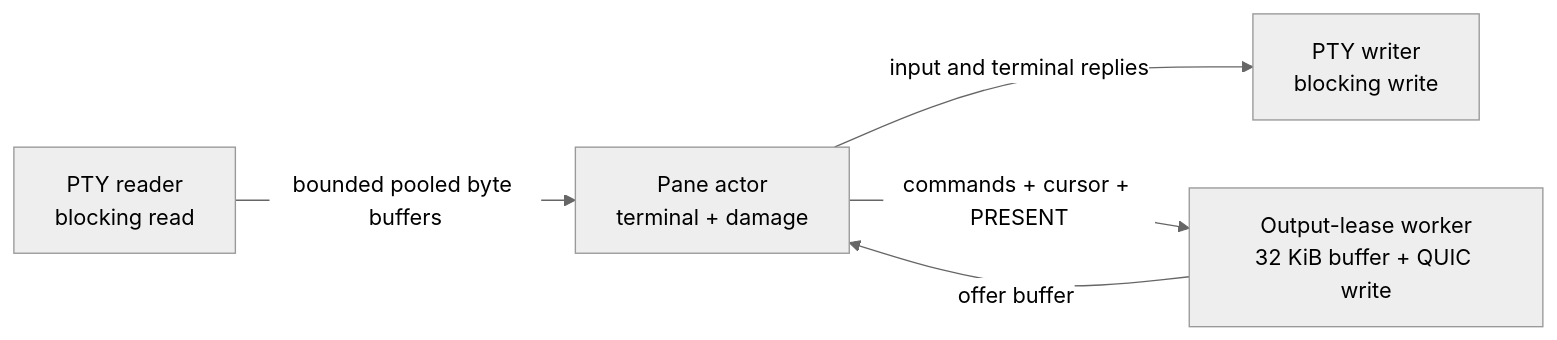
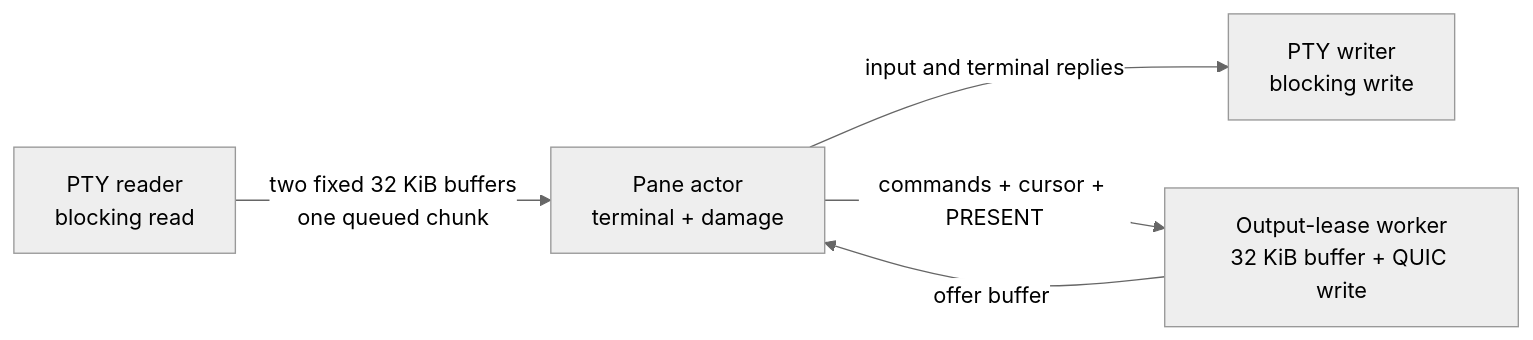
The sixth of 9 diagrams in ARCHITECTURE.md (garindra/meja), drawn with Mermaid (neutral theme) before and after one commit. The commit also changed other lines of this file and 9 other files, not shown here.

Commit message:
Refactor pane PTY admission pacing

````diff
--- a/ARCHITECTURE.md
+++ b/ARCHITECTURE.md
@@ -531,7 +531,7 @@
 ```mermaid
 flowchart LR
-    PR["PTY reader<br/>blocking read"] -->|"bounded pooled byte buffers"| PA["Pane actor<br/>terminal + damage"]
+    PR["PTY reader<br/>blocking read"] -->|"two fixed 32 KiB buffers<br/>one queued chunk"| PA["Pane actor<br/>terminal + damage"]
     PA -->|"input and terminal replies"| PW["PTY writer<br/>blocking write"]
     OW["Output-lease worker<br/>32 KiB buffer + QUIC write"] -->|"offer buffer"| PA
     PA -->|"commands + cursor + PRESENT"| OW
 ```
````
